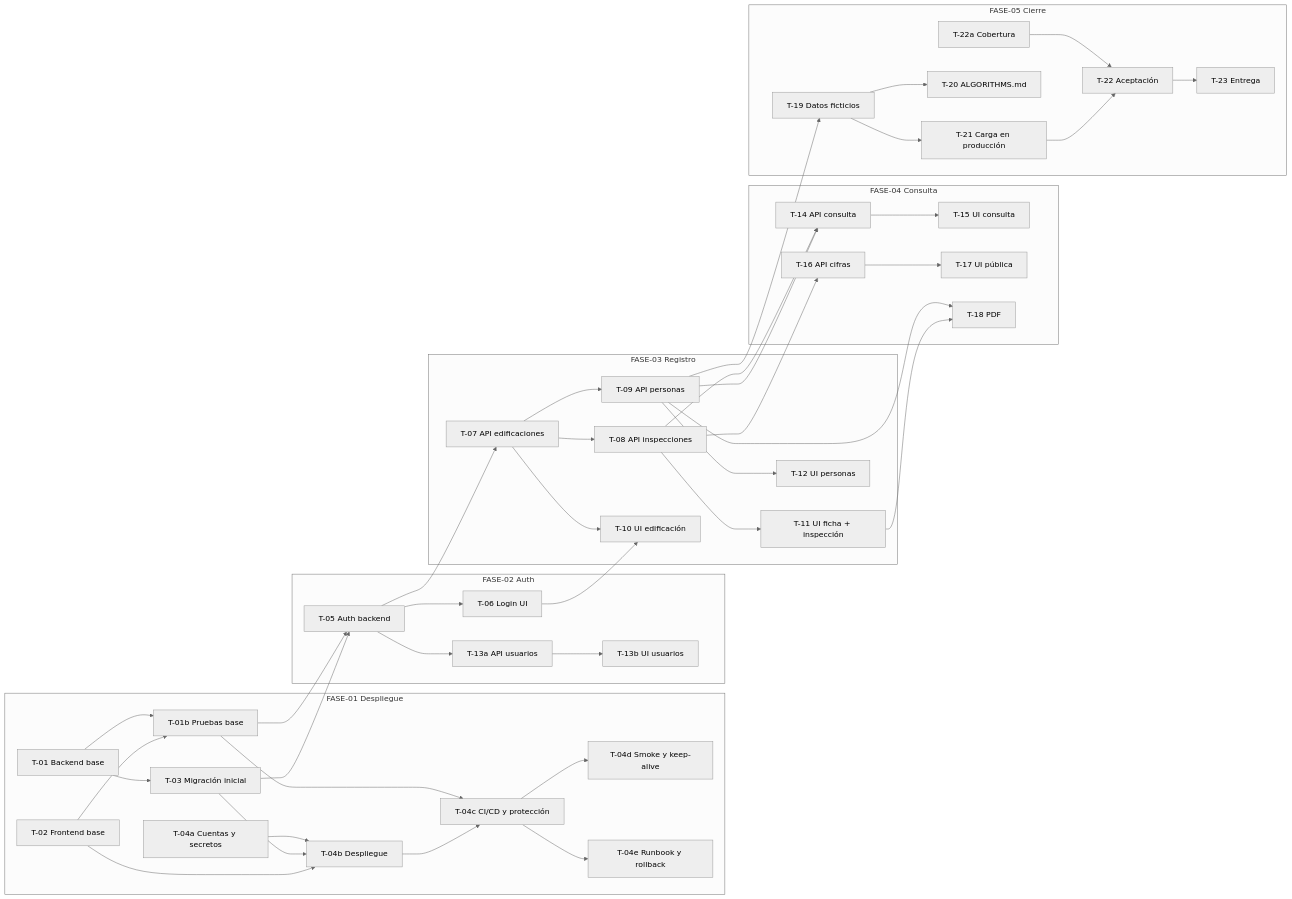
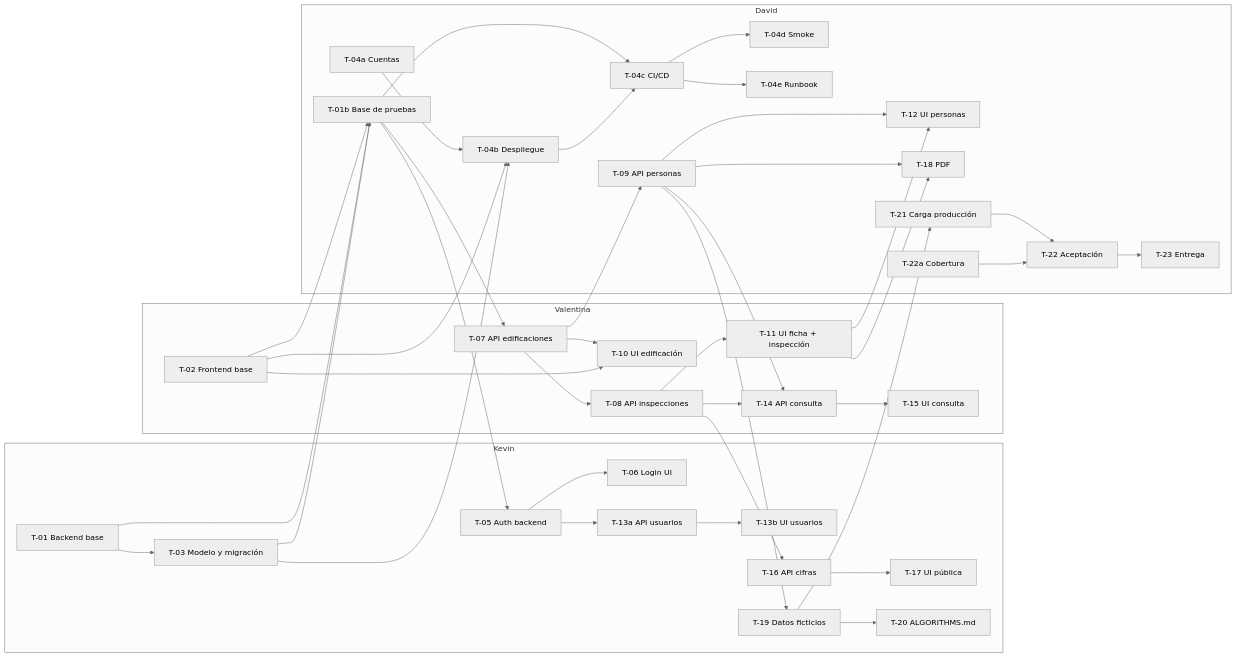
The diagram in specs/TASKS.md (kevinvera94/earthquake-damage-registry), drawn with Mermaid (neutral theme) before and after one commit. The commit also changed other lines of this file and 14 other files, not shown here.

````diff
--- a/specs/TASKS.md
+++ b/specs/TASKS.md
@@ -45,47 +58,43 @@
 ```mermaid
 flowchart LR
-  subgraph F1[FASE-01 Despliegue]
-    T01[T-01 Backend base] --> T01b[T-01b Pruebas base]
-    T02[T-02 Frontend base] --> T01b
-    T01 --> T03[T-03 Migración inicial]
-    T04a[T-04a Cuentas y secretos] --> T04b[T-04b Despliegue]
-    T03 --> T04b
-    T02 --> T04b
-    T01b --> T04c[T-04c CI/CD y protección]
-    T04b --> T04c
-    T04c --> T04d[T-04d Smoke y keep-alive]
-    T04c --> T04e[T-04e Runbook y rollback]
-  end
-  subgraph F2[FASE-02 Auth]
+  subgraph Kevin
+    T01[T-01 Backend base] --> T03[T-03 Modelo y migración]
     T05[T-05 Auth backend] --> T06[T-06 Login UI]
     T05 --> T13a[T-13a API usuarios] --> T13b[T-13b UI usuarios]
+    T16[T-16 API cifras] --> T17[T-17 UI pública]
+    T19[T-19 Datos ficticios] --> T20[T-20 ALGORITHMS.md]
   end
-  subgraph F3[FASE-03 Registro]
-    T07[T-07 API edificaciones] --> T08[T-08 API inspecciones]
-    T07 --> T09[T-09 API personas]
-    T07 --> T10[T-10 UI edificación]
-    T08 --> T11[T-11 UI ficha + inspección]
-    T09 --> T12[T-12 UI personas]
+  subgraph Valentina
+    T02[T-02 Frontend base]
+    T07[T-07 API edificaciones] --> T10[T-10 UI edificación]
+    T07 --> T08[T-08 API inspecciones] --> T11[T-11 UI ficha + inspección]
+    T14[T-14 API consulta] --> T15[T-15 UI consulta]
   end
-  subgraph F4[FASE-04 Consulta]
-    T14[T-14 API consulta] --> T15[T-15 UI consulta]
-    T16[T-16 API cifras] --> T17[T-17 UI pública]
+  subgraph David
+    T04a[T-04a Cuentas] --> T04b[T-04b Despliegue]
+    T01b[T-01b Base de pruebas] --> T04c[T-04c CI/CD]
+    T04b --> T04c --> T04d[T-04d Smoke]
+    T04c --> T04e[T-04e Runbook]
+    T09[T-09 API personas] --> T12[T-12 UI personas]
     T18[T-18 PDF]
+    T21[T-21 Carga producción] --> T22[T-22 Aceptación] --> T23[T-23 Entrega]
+    T22a[T-22a Cobertura] --> T22
   end
-  subgraph F5[FASE-05 Cierre]
-    T19[T-19 Datos ficticios] --> T21[T-21 Carga en producción]
-    T19 --> T20[T-20 ALGORITHMS.md]
-    T22a[T-22a Cobertura] --> T22[T-22 Aceptación]
-    T21 --> T22 --> T23[T-23 Entrega]
-  end
+  T01 --> T01b
+  T02 --> T01b
+  T03 --> T01b
+  T03 --> T04b
+  T02 --> T04b
   T01b --> T05
-  T03 --> T05
-  T05 --> T07
-  T06 --> T10
+  T01b --> T07
+  T02 --> T10
+  T07 --> T09
+  T11 --> T12
   T08 --> T14
   T09 --> T14
   T08 --> T16
   T09 --> T18
   T11 --> T18
   T09 --> T19
+  T19 --> T21
 ```
````
